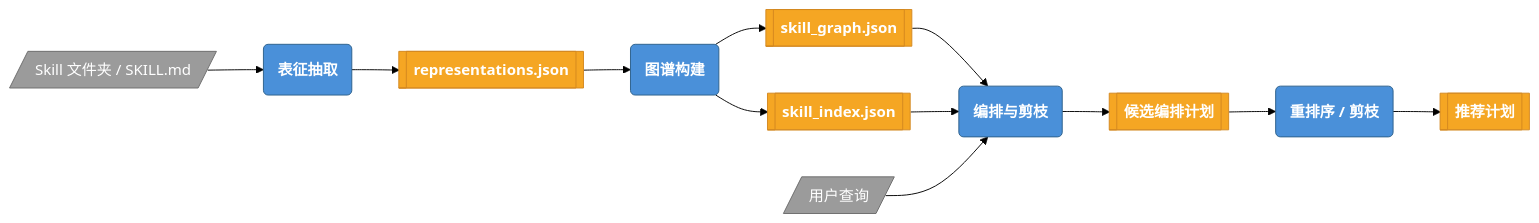
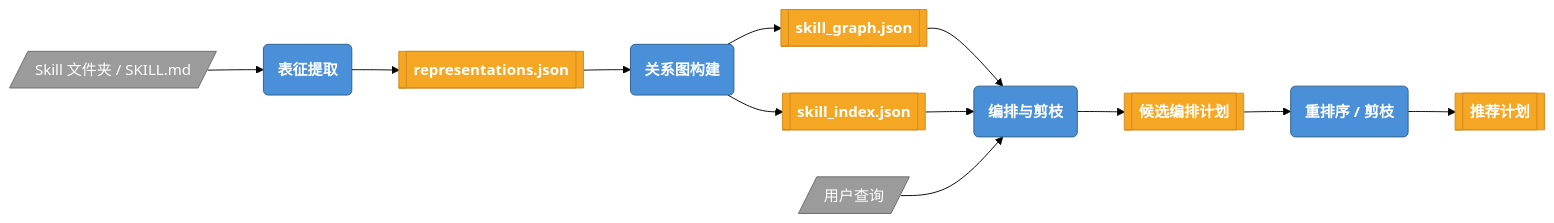
Before and after one commit to xiao-yu-lin/SkillMash: the first of 12 diagrams in 设计说明书.md, drawn with Mermaid (forest theme). The commit also changed other lines of this file, not shown here.

````diff
--- a/设计说明书.md
+++ b/设计说明书.md
@@ -48,22 +48,22 @@
 ```mermaid
 flowchart LR
-  Root[/"Skill 文件夹 / SKILL.md"/] --> Extract("表征抽取")
+  Root[/"Skill 文件夹 / SKILL.md"/] --> Extract("表征提取")
   Extract --> Repr[["representations.json"]]
-  Repr --> GraphBuild("图谱构建")
+  Repr --> GraphBuild("关系图构建")
   GraphBuild --> Graph[["skill_graph.json"]]
   GraphBuild --> Index[["skill_index.json"]]
   Graph --> Orchestrate("编排与剪枝")
   Index --> Orchestrate
   Query[/"用户查询"/] --> Orchestrate
   Orchestrate --> Plans[["候选编排计划"]]
   Plans --> Rerank("重排序 / 剪枝")
   Rerank --> Recommended[["推荐计划"]]
 
   classDef process fill:#4A90D9,stroke:#2C5F8A,color:#fff,font-weight:bold
   classDef product fill:#F5A623,stroke:#D4881F,color:#fff,font-weight:bold
   classDef input fill:#9B9B9B,stroke:#6B6B6B,color:#fff
 
   class Extract,GraphBuild,Orchestrate,Rerank process
   class Repr,Graph,Index,Plans,Recommended product
   class Root,Query input
 ```
````
